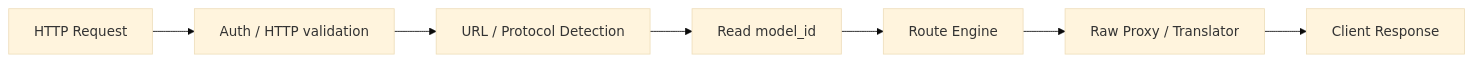
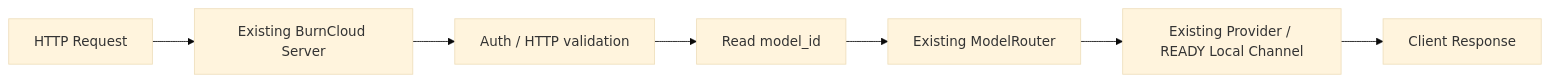
One commit to burncloud/burncloud.github.io changed the diagram in docs/burncloud-node/local-api-gateway.md. Above: the diagram before and after it, drawn with Mermaid (base theme). The commit also changed other lines of this file and 4 other files, not shown here.

First line of the commit message:
docs(node): update BurnCloud Node for implemented framework

````diff
--- a/docs/burncloud-node/local-api-gateway.md
+++ b/docs/burncloud-node/local-api-gateway.md
@@ -30,9 +32,9 @@
 ```mermaid
 flowchart LR
-    REQ["HTTP Request"] --> VALIDATE["Auth / HTTP validation"]
-    VALIDATE --> DETECT["URL / Protocol Detection"]
-    DETECT --> MODEL["Read model_id"]
-    MODEL --> ROUTE["Route Engine"]
-    ROUTE --> PROXY["Raw Proxy / Translator"]
+    REQ["HTTP Request"] --> SERVER["Existing BurnCloud Server"]
+    SERVER --> VALIDATE["Auth / HTTP validation"]
+    VALIDATE --> MODEL["Read model_id"]
+    MODEL --> ROUTE["Existing ModelRouter"]
+    ROUTE --> PROXY["Existing Provider / READY Local Channel"]
     PROXY --> RESP["Client Response"]
 ```
````
